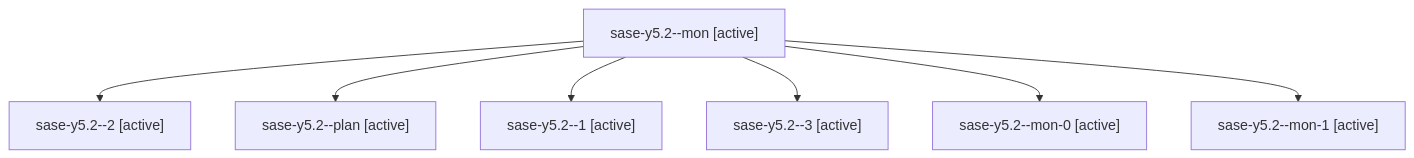
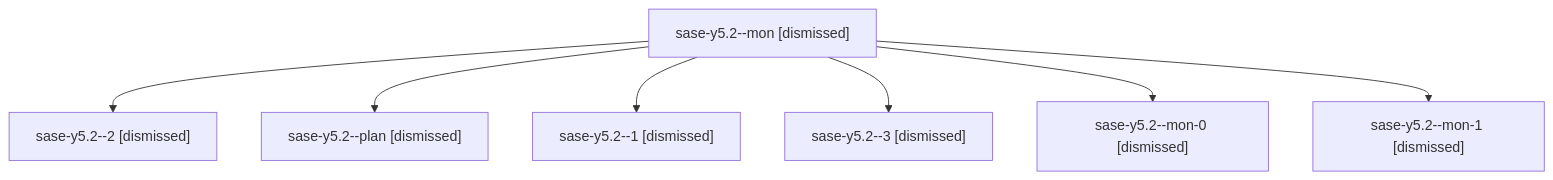
Before and after one commit to sase-org/sase--agents: the diagram in sessions/bbugyi200.athena.sase-y5.2.md, drawn with Mermaid. The commit also changed other lines of this file and 206 other files, not shown here.

````diff
--- a/sessions/bbugyi200.athena.sase-y5.2.md
+++ b/sessions/bbugyi200.athena.sase-y5.2.md
@@ -9,16 +9,16 @@
 ```mermaid
 flowchart TD
-  n0["sase-y5.2--mon [active]"]
-  n1["sase-y5.2--2 [active]"]
+  n0["sase-y5.2--mon [dismissed]"]
+  n1["sase-y5.2--2 [dismissed]"]
   n0 --> n1
-  n2["sase-y5.2--plan [active]"]
+  n2["sase-y5.2--plan [dismissed]"]
   n0 --> n2
-  n3["sase-y5.2--1 [active]"]
+  n3["sase-y5.2--1 [dismissed]"]
   n0 --> n3
-  n4["sase-y5.2--3 [active]"]
+  n4["sase-y5.2--3 [dismissed]"]
   n0 --> n4
-  n5["sase-y5.2--mon-0 [active]"]
+  n5["sase-y5.2--mon-0 [dismissed]"]
   n0 --> n5
-  n6["sase-y5.2--mon-1 [active]"]
+  n6["sase-y5.2--mon-1 [dismissed]"]
   n0 --> n6
 ```
````
